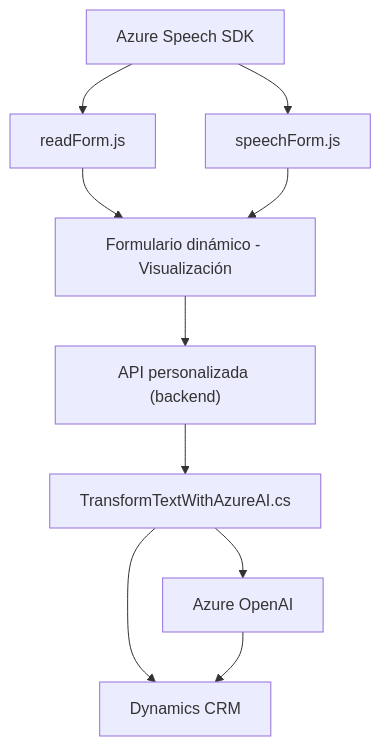
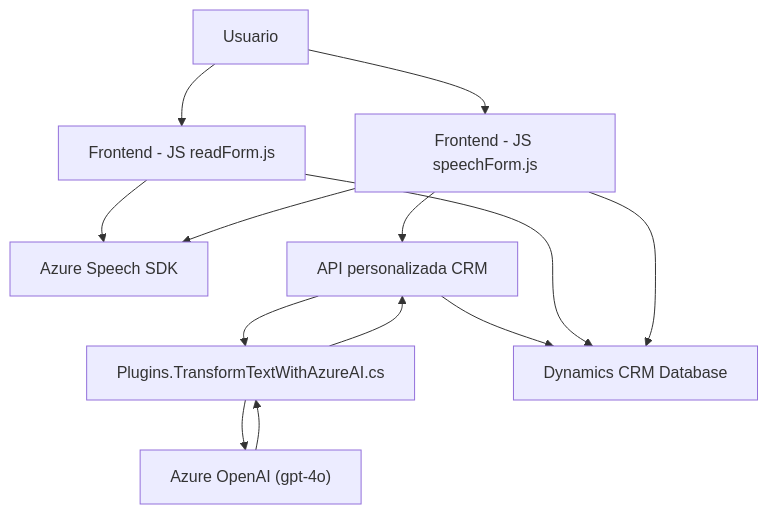
Before and after one commit to blopezdm/NETCORE_BILBAO2025: the diagram in README.md, drawn with Mermaid. The commit also changed other lines of this file, not shown here.

````diff
--- a/README.md
+++ b/README.md
@@ -43,12 +36,15 @@
 ```mermaid
 graph TD
-    A["Azure Speech SDK"] --> B["readForm.js"]
-    A --> C["speechForm.js"]
-    B --> D["Formulario dinámico - Visualización"]
+    A["Usuario"] --> B["Frontend - JS readForm.js"]
+    A --> C["Frontend - JS speechForm.js"]
+    B --> D["Azure Speech SDK"]
     C --> D
-    D --> E["API personalizada (backend)"]
-    E --> F["TransformTextWithAzureAI.cs"]
-    F --> G["Azure OpenAI"]
-    F --> H["Dynamics CRM"]
-    G --> H
+    C --> E["API personalizada CRM"]
+    E --> F["Plugins.TransformTextWithAzureAI.cs"]
+    F --> G["Azure OpenAI (gpt-4o)"]
+    G --> F
+    F --> E
+    E --> H["Dynamics CRM Database"]
+    B --> H
+    C --> H
 ```
````
